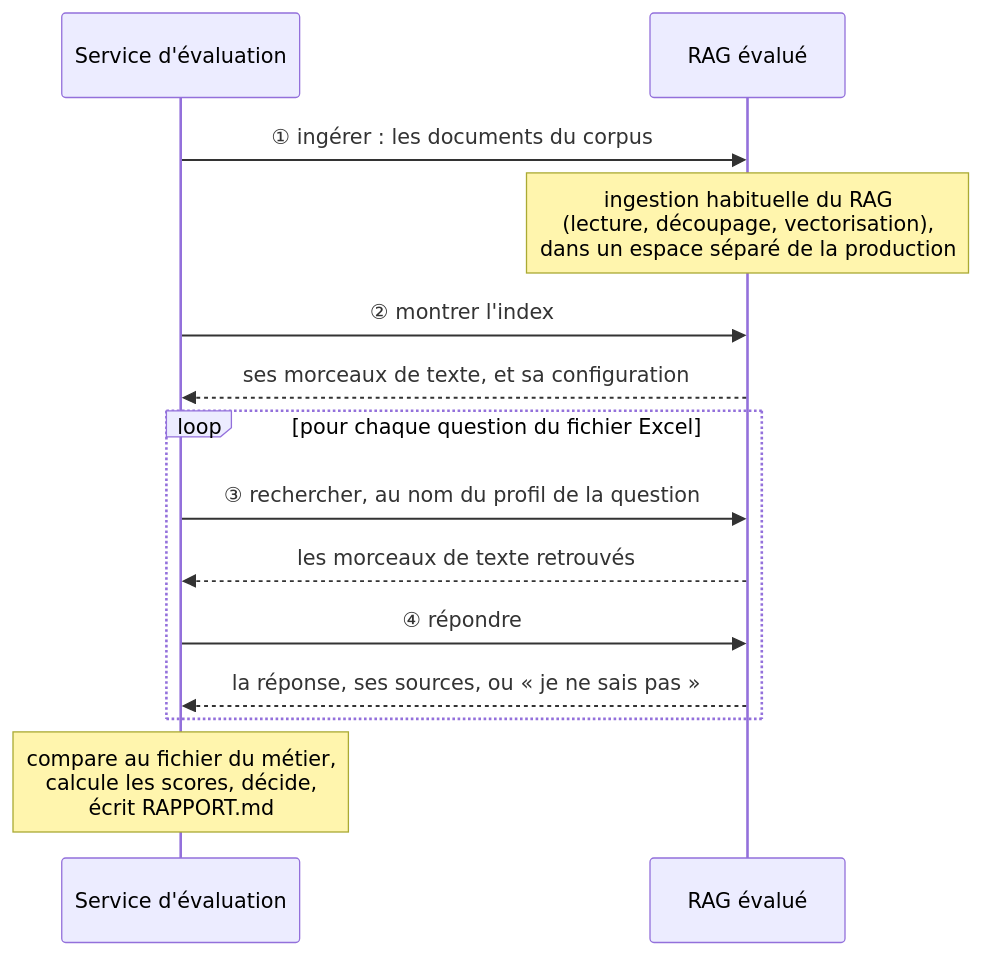
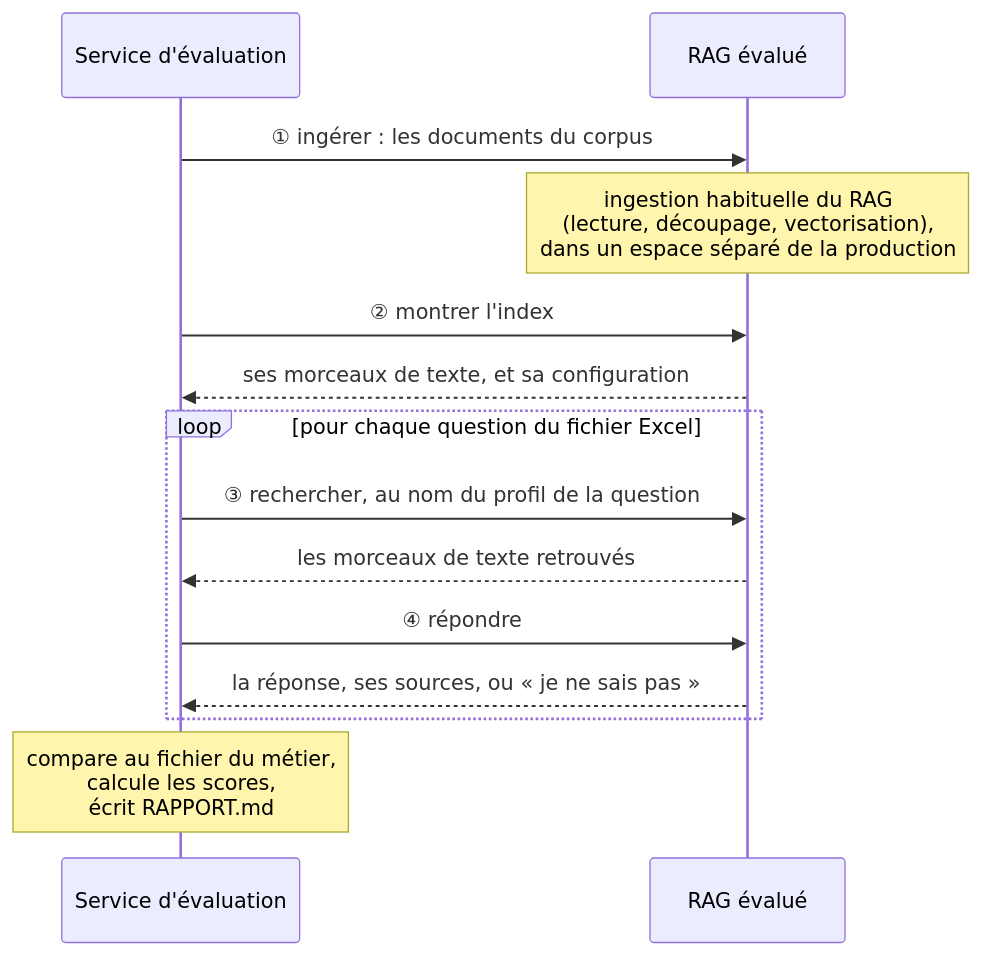
Before and after one commit to floSa/RAG-Evaluation: the first of 2 diagrams in FIL_CONDUCTEUR.md, drawn with Mermaid. The commit also changed other lines of this file, not shown here.

Commit message:
Fil conducteur : extrait du rapport en clair, plus d'étape seuils, sources génériques

````diff
--- a/FIL_CONDUCTEUR.md
+++ b/FIL_CONDUCTEUR.md
@@ -21,16 +21,16 @@
 ```mermaid
 sequenceDiagram
     participant S as Service d'évaluation
     participant R as RAG évalué
     S->>R: ① ingérer : les documents du corpus
     Note over R: ingestion habituelle du RAG<br/>(lecture, découpage, vectorisation),<br/>dans un espace séparé de la production
     S->>R: ② montrer l'index
     R-->>S: ses morceaux de texte, et sa configuration
     loop pour chaque question du fichier Excel
         S->>R: ③ rechercher, au nom du profil de la question
         R-->>S: les morceaux de texte retrouvés
         S->>R: ④ répondre
         R-->>S: la réponse, ses sources, ou « je ne sais pas »
     end
-    Note over S: compare au fichier du métier,<br/>calcule les scores, décide,<br/>écrit RAPPORT.md
+    Note over S: compare au fichier du métier,<br/>calcule les scores,<br/>écrit RAPPORT.md
 ```
````
